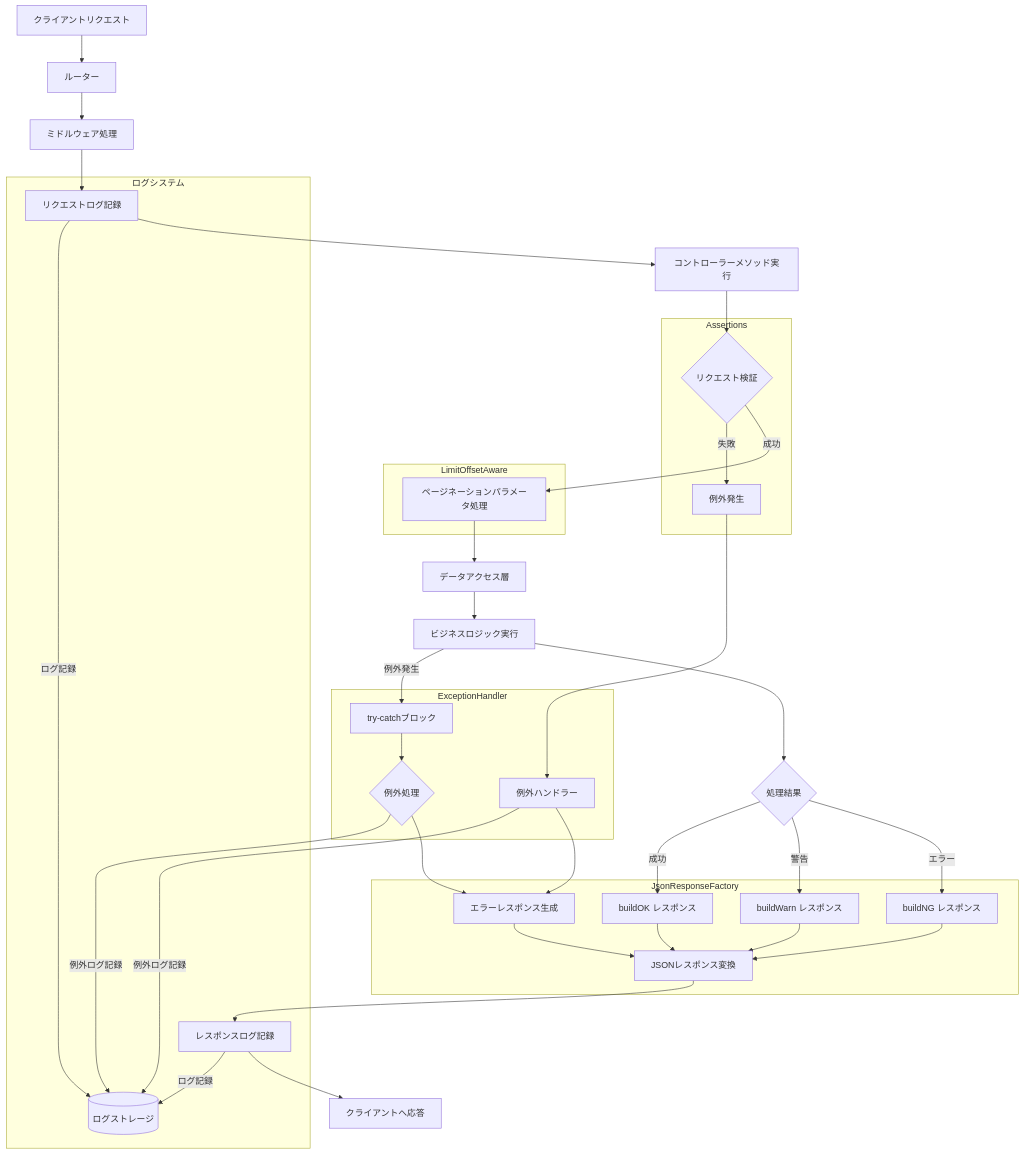
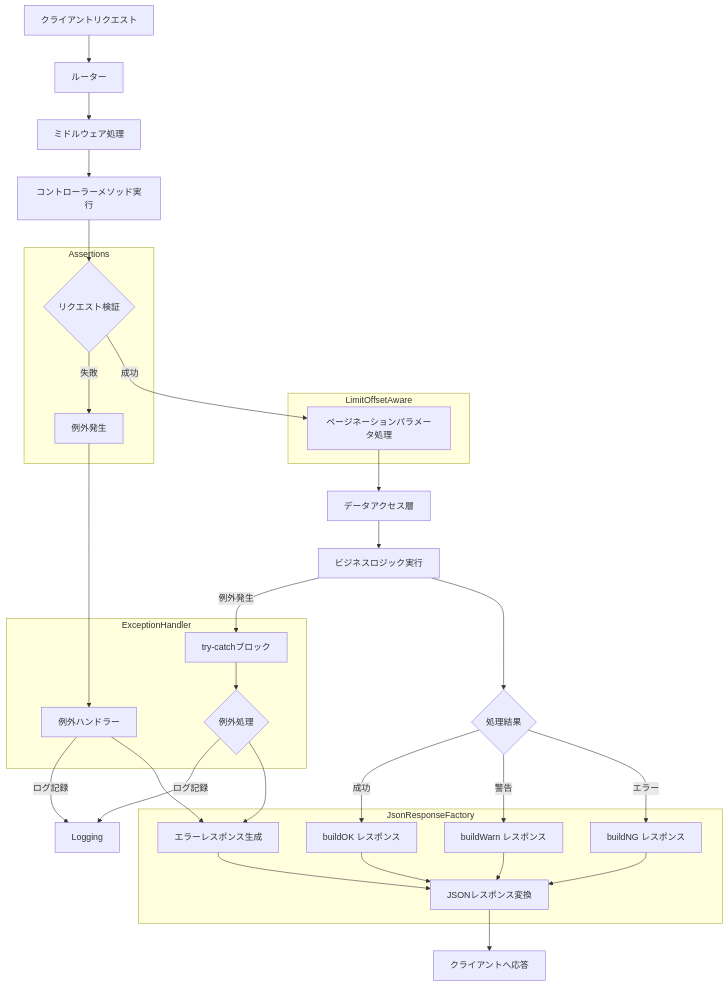
The diagram in README.md (tqcuong-it/docs), drawn with Mermaid before and after one commit. The commit also changed other lines of this file, not shown here.

````diff
--- a/README.md
+++ b/README.md
@@ -23,66 +23,56 @@
 ```mermaid
 flowchart TD
     A[クライアントリクエスト] --> B[ルーター]
     B --> C[ミドルウェア処理]
-    C --> L1[リクエストログ記録] 
-    L1 -->|ログ記録| Z1[(ログストレージ)]
-    L1 --> D[コントローラーメソッド実行]
+    C --> D[コントローラーメソッド実行]
     
     D --> E{リクエスト検証}
     E -->|失敗| F[例外発生]
     F --> G[例外ハンドラー]
-    G -->|例外ログ記録| Z1
+    G -->|ログ記録| LOG[Logging]
     G --> H[エラーレスポンス生成]
     
     E -->|成功| I[ページネーションパラメータ処理]
     I --> J[データアクセス層]
     J --> K[ビジネスロジック実行]
     
     K -->|例外発生| R[try-catchブロック]
     R --> S{例外処理}
-    S -->|例外ログ記録| Z1
+    S -->|ログ記録| LOG
     S --> H
     
     K --> L{処理結果}
     L -->|成功| M[buildOK レスポンス]
     L -->|警告| N[buildWarn レスポンス]
     L -->|エラー| O[buildNG レスポンス]
     
     M --> P[JSONレスポンス変換]
     N --> P
     O --> P
     H --> P
     
-    P --> L2[レスポンスログ記録]
-    L2 -->|ログ記録| Z1
-    L2 --> Q[クライアントへ応答]
+    P --> Q[クライアントへ応答]
     
     subgraph "LimitOffsetAware"
     I
     end
     
     subgraph "Assertions"
     E
     F
     end
     
     subgraph "ExceptionHandler"
     G
     R
     S
     end
     
     subgraph "JsonResponseFactory"
     M
     N
     O
     H
     P
     end
-    
-    subgraph "ログシステム"
-    Z1
-    L1
-    L2
-    end
 ```
````
